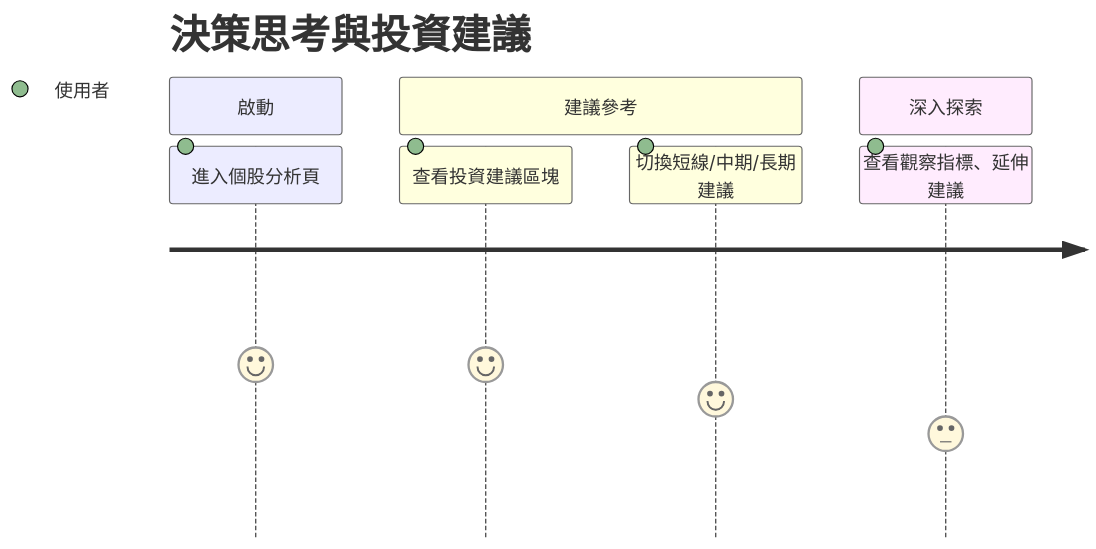
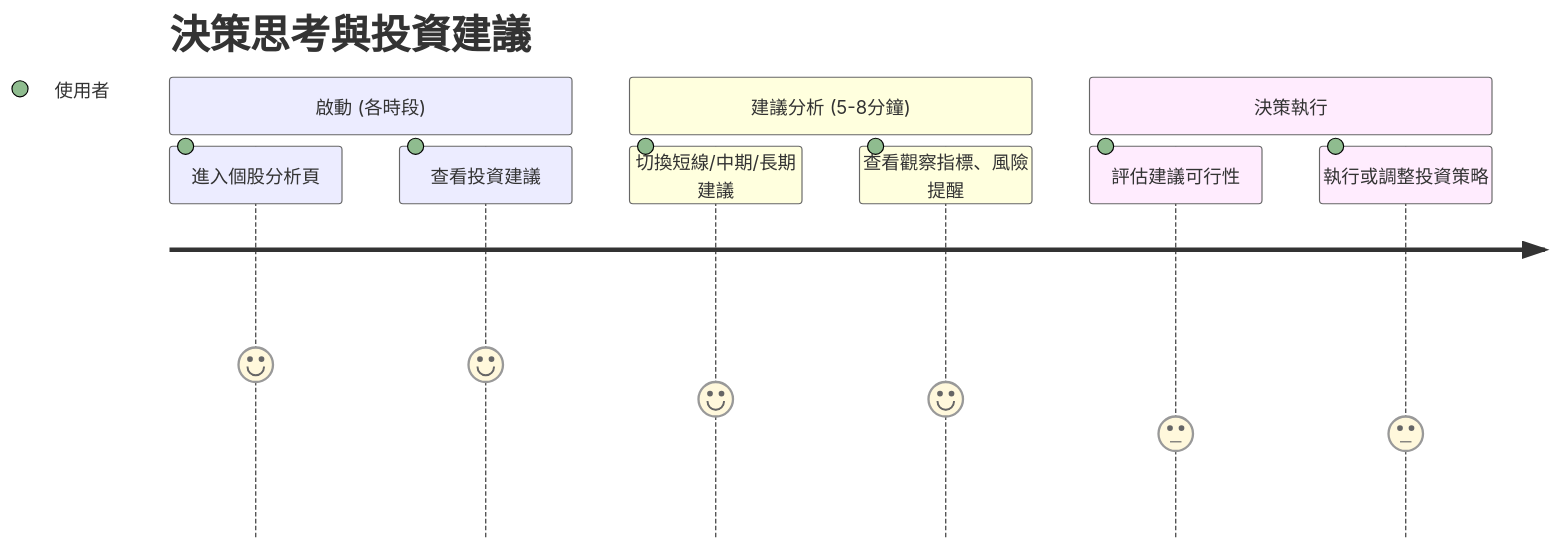
The diagram in user_journey_map/yong-hulcheng-wu.md (hihihowru/ai-chatbot-proxy), drawn with Mermaid before and after one commit. The commit also changed other lines of this file and 7 other files, not shown here.

````diff
--- a/user_journey_map/yong-hulcheng-wu.md
+++ b/user_journey_map/yong-hulcheng-wu.md
@@ -8,11 +13,13 @@
 ```mermaid
 journey
     title 決策思考與投資建議
-    section 啟動
+    section 啟動 (各時段)
       進入個股分析頁: 5: 使用者
-    section 建議參考
-      查看投資建議區塊: 5: 使用者
+      查看投資建議: 5: 使用者
+    section 建議分析 (5-8分鐘)
       切換短線/中期/長期建議: 4: 使用者
-    section 深入探索
-      查看觀察指標、延伸建議: 3: 使用者
+      查看觀察指標、風險提醒: 4: 使用者
+    section 決策執行
+      評估建議可行性: 3: 使用者
+      執行或調整投資策略: 3: 使用者
 ```
````
